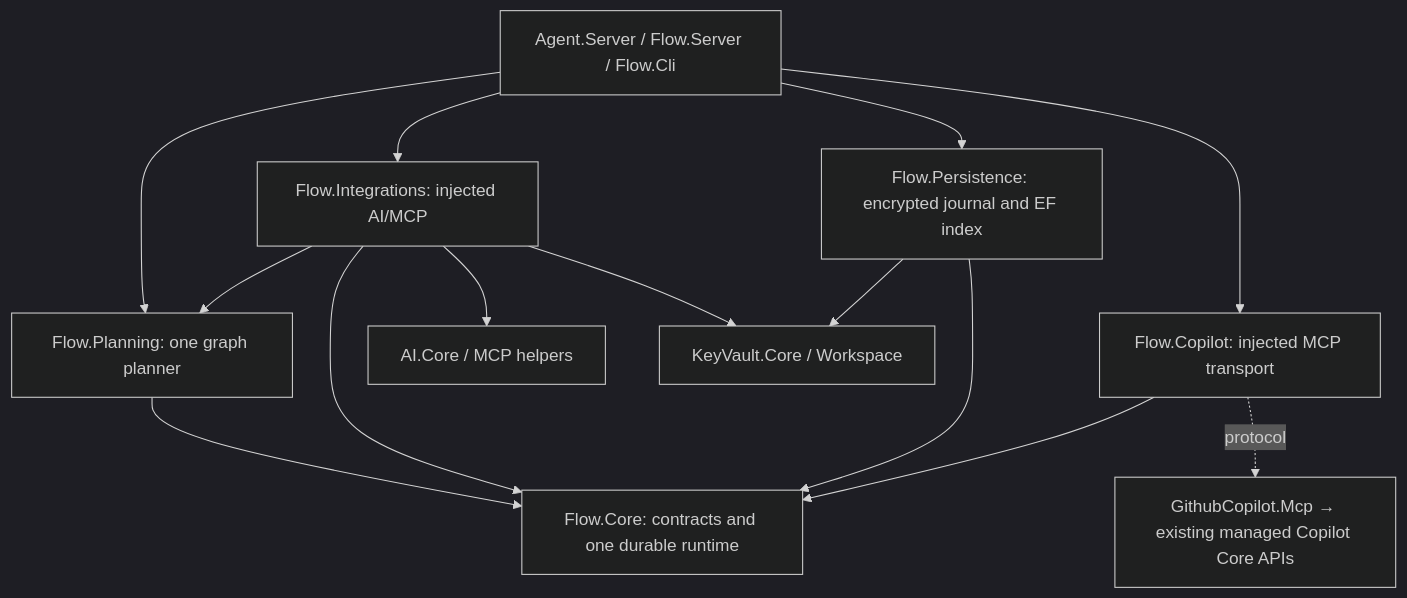
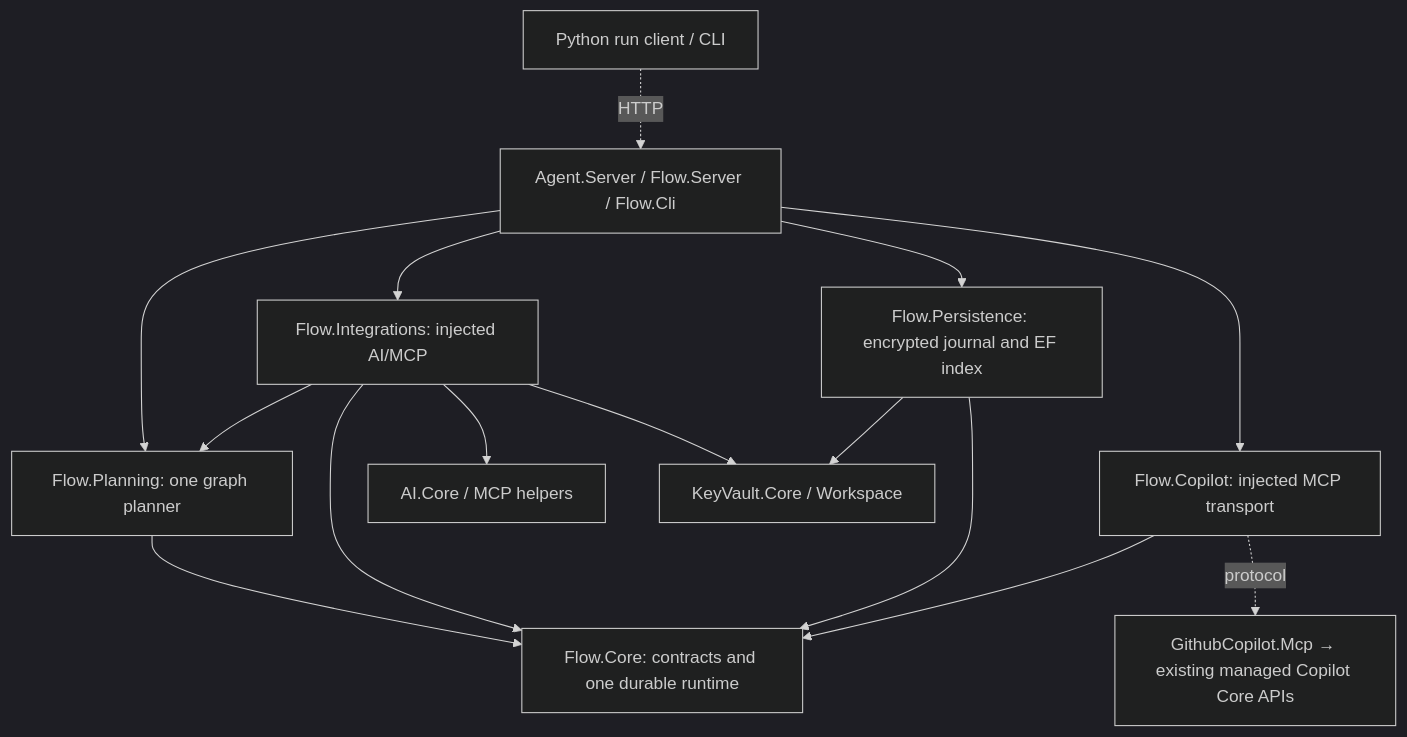
Before and after one commit to GnouGo/GnouGo: the second of 2 diagrams in docs/flow-hybrid-v9-implementation.md, drawn with Mermaid (dark theme). The commit also changed other lines of this file and 8 other files, not shown here.

````diff
--- a/docs/flow-hybrid-v9-implementation.md
+++ b/docs/flow-hybrid-v9-implementation.md
@@ -28,16 +28,17 @@
 ```mermaid
 flowchart TD
   Hosts[Agent.Server / Flow.Server / Flow.Cli] --> Planner[Flow.Planning: one graph planner]
   Hosts --> Integrations[Flow.Integrations: injected AI/MCP]
   Hosts --> Persistence[Flow.Persistence: encrypted journal and EF index]
   Hosts --> Copilot[Flow.Copilot: injected MCP transport]
   Planner --> Core[Flow.Core: contracts and one durable runtime]
   Integrations --> Planner
   Integrations --> Core
   Persistence --> Core
   Copilot --> Core
   Integrations --> AI[AI.Core / MCP helpers]
   Integrations --> Vault[KeyVault.Core / Workspace]
   Persistence --> Vault
+  Python[Python run client / CLI] -. HTTP .-> Hosts
   Copilot -. protocol .-> Managed[GithubCopilot.Mcp → existing managed Copilot Core APIs]
 ```
````
